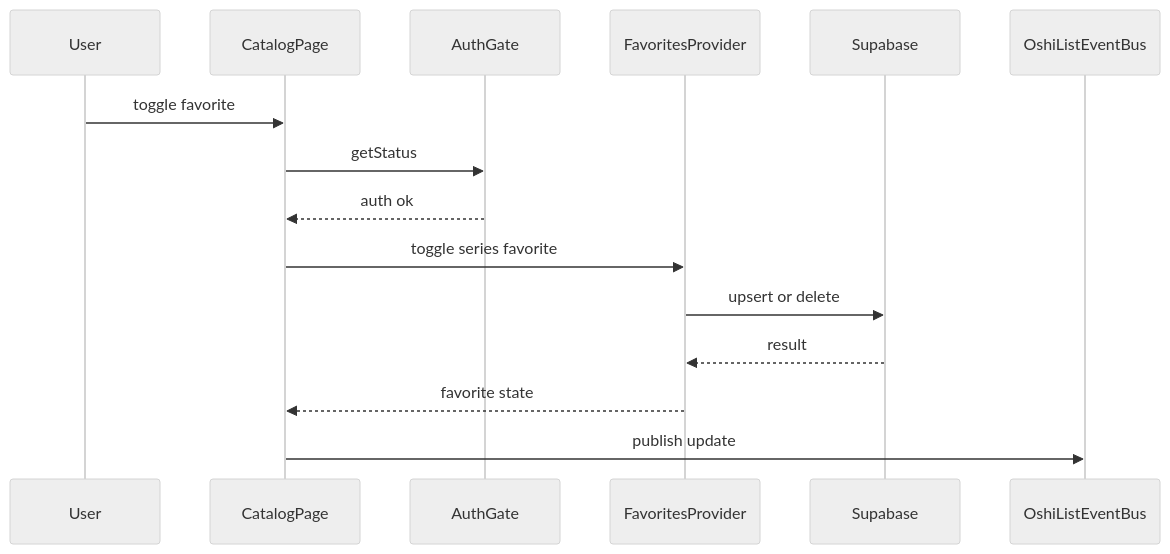
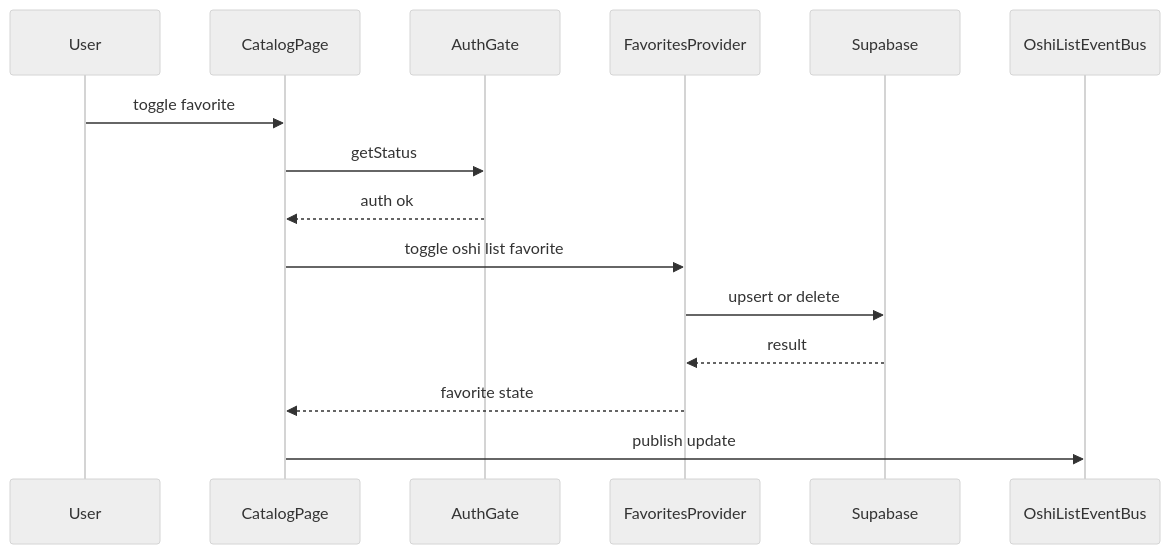
Before and after one commit to arinko39140/mangadouga: the third of 4 diagrams in .kiro/specs/oshi-list-favorites-registered-only/design.md, drawn with Mermaid (neutral theme). The commit also changed other lines of this file, not shown here.

Commit message:
Update design for user-based oshi lists

````diff
--- a/.kiro/specs/oshi-list-favorites-registered-only/design.md
+++ b/.kiro/specs/oshi-list-favorites-registered-only/design.md
@@ -125,16 +126,16 @@
 ```mermaid
 sequenceDiagram
   participant User
   participant CatalogPage
   participant AuthGate
   participant FavoritesProvider
   participant Supabase
   User ->> CatalogPage: toggle favorite
   CatalogPage ->> AuthGate: getStatus
   AuthGate -->> CatalogPage: auth ok
-  CatalogPage ->> FavoritesProvider: toggle series favorite
+  CatalogPage ->> FavoritesProvider: toggle oshi list favorite
   FavoritesProvider ->> Supabase: upsert or delete
   Supabase -->> FavoritesProvider: result
   FavoritesProvider -->> CatalogPage: favorite state
   CatalogPage ->> OshiListEventBus: publish update
 ```
````
